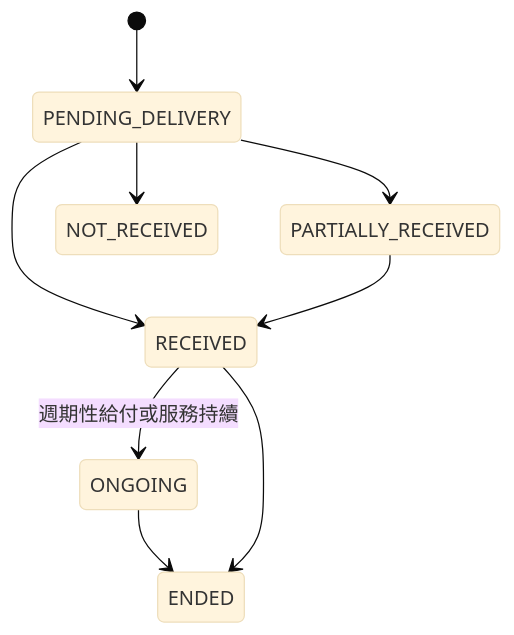
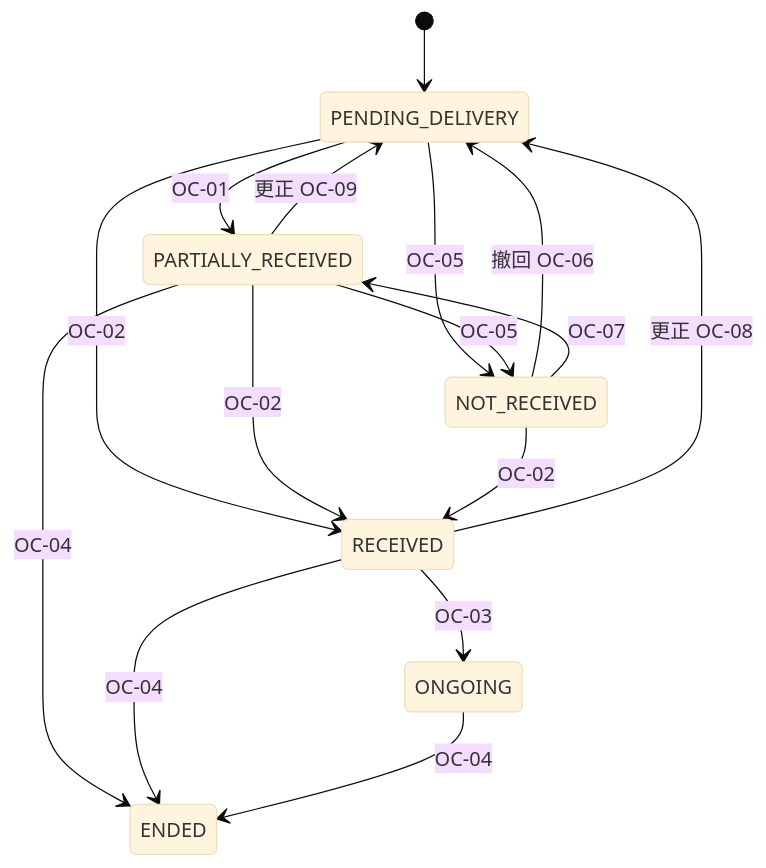
The sixth of 7 diagrams in docs/platform/DATA_MODEL_AND_STATE_MACHINES.md (firekou/SaveThePeople), drawn with Mermaid (base theme) before and after one commit. The commit also changed other lines of this file and 22 other files, not shown here.

````diff
--- a/docs/platform/DATA_MODEL_AND_STATE_MACHINES.md
+++ b/docs/platform/DATA_MODEL_AND_STATE_MACHINES.md
@@ -500,11 +767,18 @@
 ```mermaid
 stateDiagram-v2
   [*] --> PENDING_DELIVERY
-  PENDING_DELIVERY --> PARTIALLY_RECEIVED
-  PENDING_DELIVERY --> RECEIVED
-  PARTIALLY_RECEIVED --> RECEIVED
-  RECEIVED --> ONGOING: 週期性給付或服務持續
-  ONGOING --> ENDED
-  RECEIVED --> ENDED
-  PENDING_DELIVERY --> NOT_RECEIVED
+  PENDING_DELIVERY --> PARTIALLY_RECEIVED: OC-01
+  PENDING_DELIVERY --> RECEIVED: OC-02
+  PARTIALLY_RECEIVED --> RECEIVED: OC-02
+  NOT_RECEIVED --> RECEIVED: OC-02
+  RECEIVED --> ONGOING: OC-03
+  PARTIALLY_RECEIVED --> ENDED: OC-04
+  RECEIVED --> ENDED: OC-04
+  ONGOING --> ENDED: OC-04
+  PENDING_DELIVERY --> NOT_RECEIVED: OC-05
+  PARTIALLY_RECEIVED --> NOT_RECEIVED: OC-05
+  NOT_RECEIVED --> PENDING_DELIVERY: 撤回 OC-06
+  NOT_RECEIVED --> PARTIALLY_RECEIVED: OC-07
+  RECEIVED --> PENDING_DELIVERY: 更正 OC-08
+  PARTIALLY_RECEIVED --> PENDING_DELIVERY: 更正 OC-09
 ```
````
